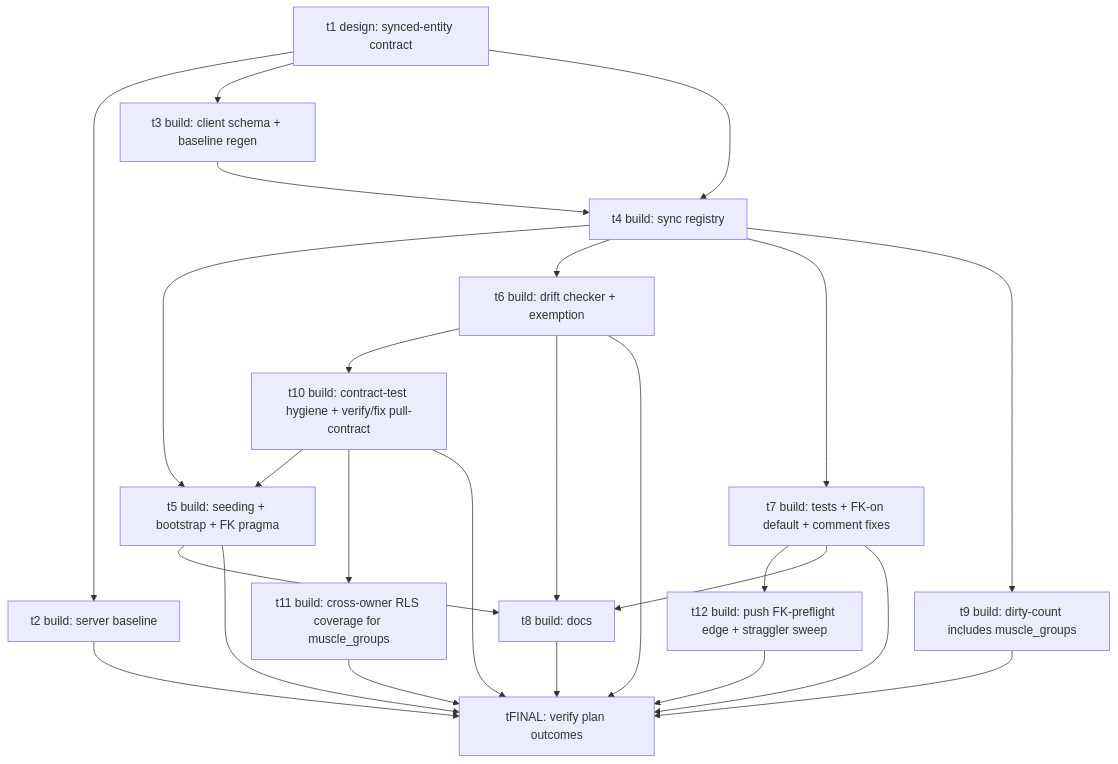
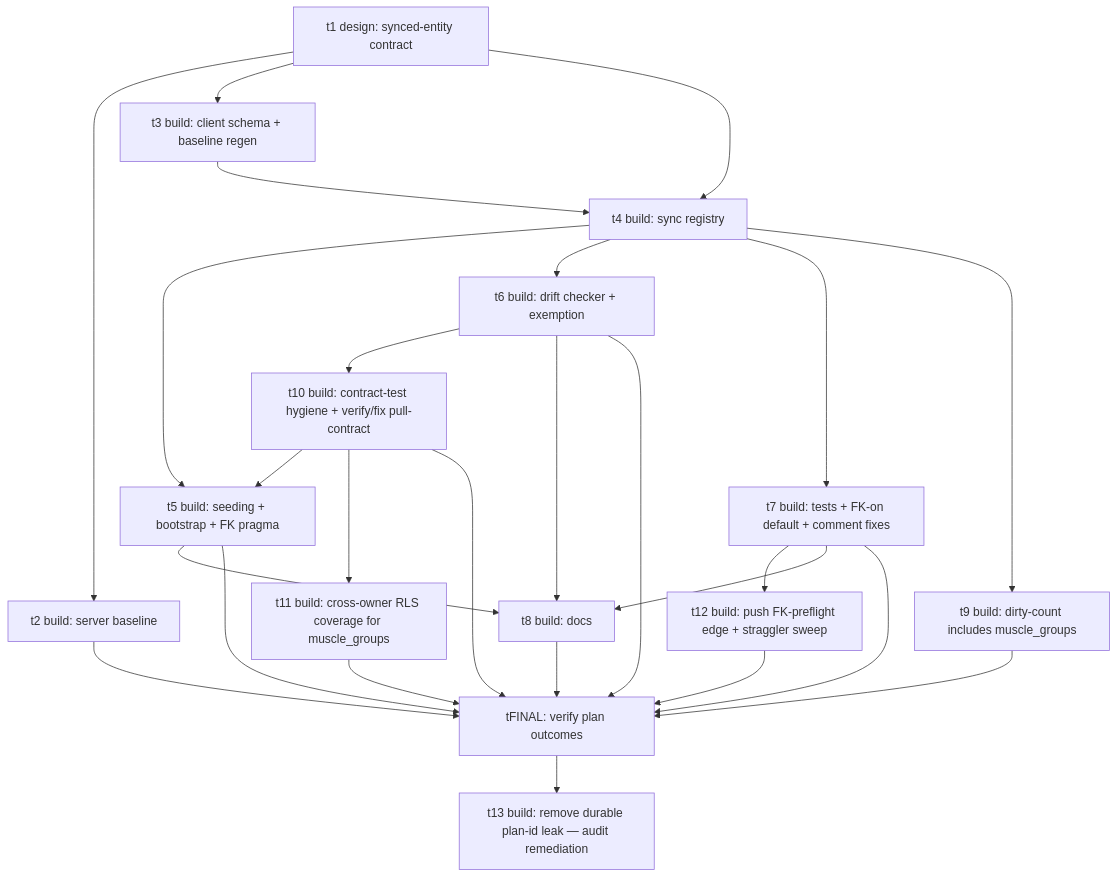
The diagram in docs/plans/muscle-groups-synced-entity/plan.md (Brotherhood-of-Ghisa/BOGA3), drawn with Mermaid before and after one commit. The commit also changed other lines of this file and 1 other file, not shown here.

Commit message:
docs(plans): audit verdict FAIL + one remediation card
Final audit of the muscle_groups synced-entity plan. All plan outcomes
delivered and tested; all quality gates green on the integration branch.
One durable-artifact-hygiene violation found: a source comment references a
plan card id, which must not survive plan-dir deletion. Append a remediation
card to fix it.

````diff
--- a/docs/plans/muscle-groups-synced-entity/plan.md
+++ b/docs/plans/muscle-groups-synced-entity/plan.md
@@ -107,27 +107,28 @@
 ```mermaid
 graph TD
   t1[t1 design: synced-entity contract] --> t2[t2 build: server baseline]
   t1 --> t3[t3 build: client schema + baseline regen]
   t3 --> t4[t4 build: sync registry]
   t1 --> t4
   t4 --> t5[t5 build: seeding + bootstrap + FK pragma]
   t4 --> t6[t6 build: drift checker + exemption]
   t4 --> t7[t7 build: tests + FK-on default + comment fixes]
   t4 --> t9[t9 build: dirty-count includes muscle_groups]
   t6 --> t10[t10 build: contract-test hygiene + verify/fix pull-contract]
   t10 --> t5
   t10 --> t11[t11 build: cross-owner RLS coverage for muscle_groups]
   t7 --> t12[t12 build: push FK-preflight edge + straggler sweep]
   t2 --> tFINAL
   t5 --> t8[t8 build: docs]
   t6 --> t8
   t7 --> t8
   t8 --> tFINAL[tFINAL: verify plan outcomes]
   t5 --> tFINAL
   t6 --> tFINAL
   t7 --> tFINAL
   t9 --> tFINAL
   t10 --> tFINAL
   t11 --> tFINAL
   t12 --> tFINAL
+  tFINAL --> t13[t13 build: remove durable plan-id leak — audit remediation]
 ```
````
